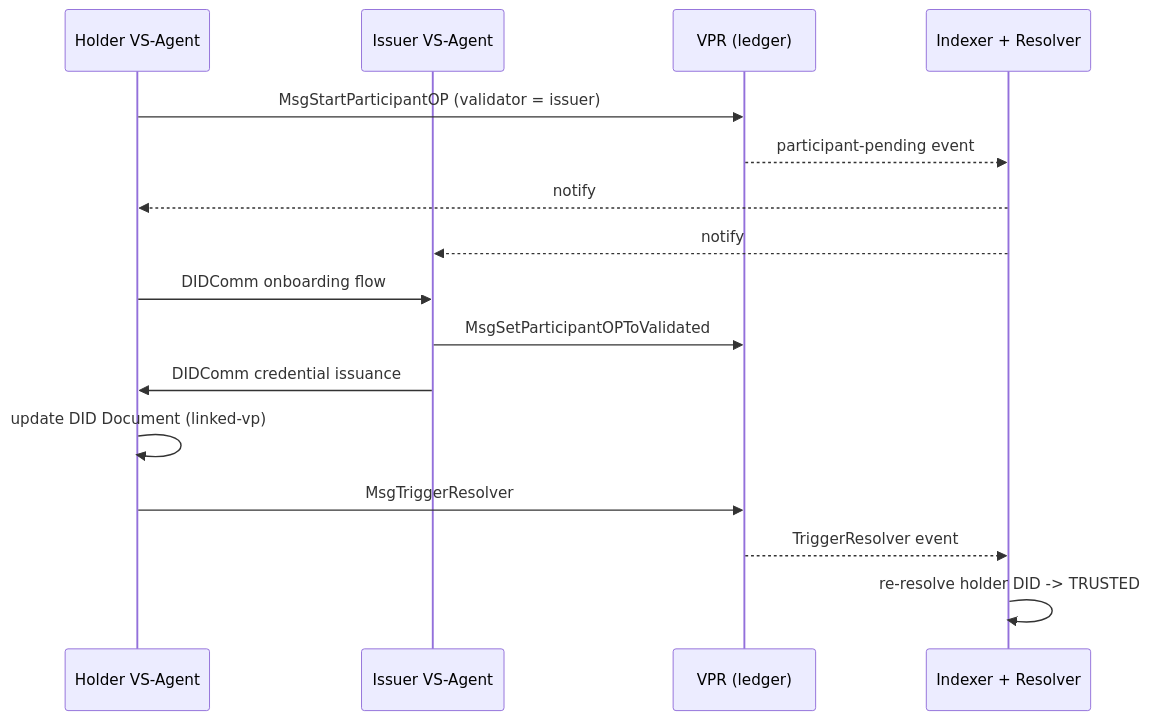
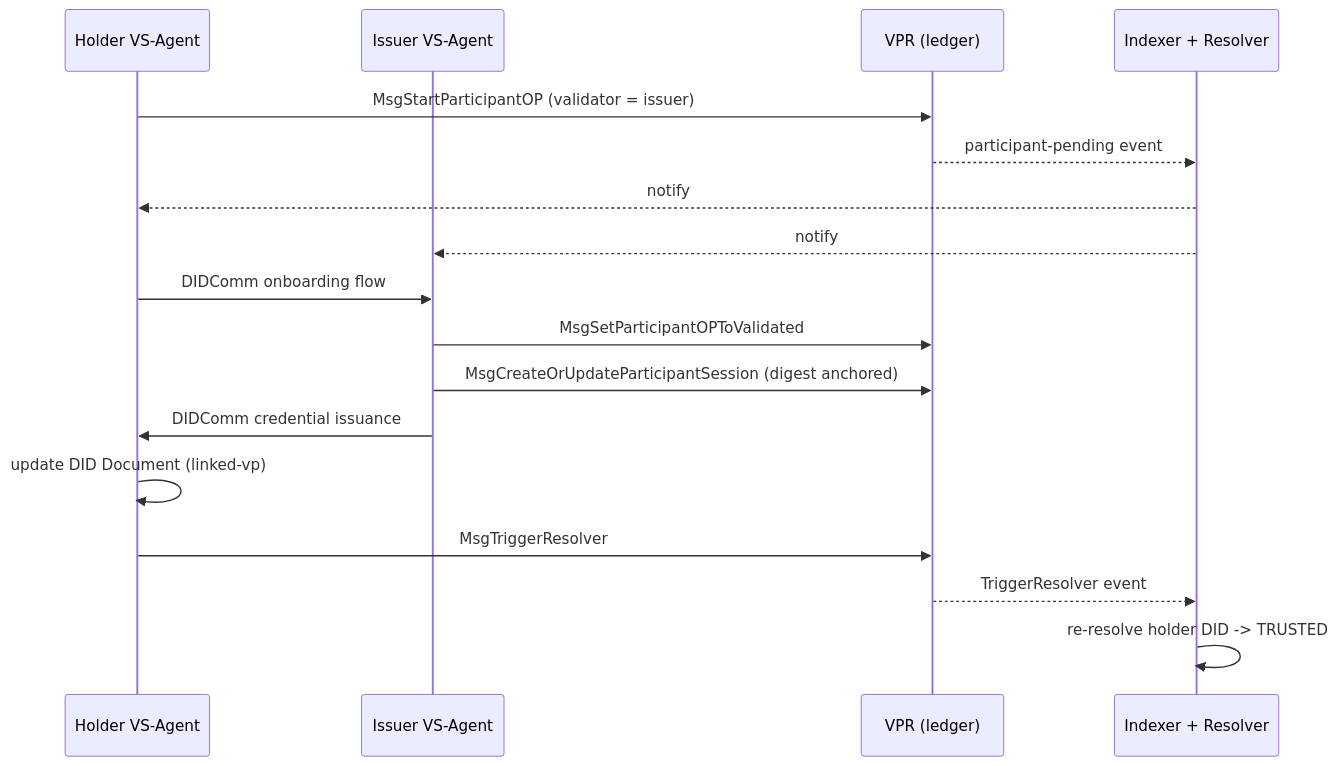
Before and after one commit to verana-labs/verifiable-trust-spec: the fifth of 6 diagrams in spec.md, drawn with Mermaid. The commit also changed other lines of this file, not shown here.

First line of the commit message:
fix(v5): second consistency pass after review; trust resolution consumes digest revocation

````diff
--- a/spec.md
+++ b/spec.md
@@ -2155,19 +2159,20 @@
 ```mermaid
 sequenceDiagram
     participant Holder as Holder VS-Agent
     participant Issuer as Issuer VS-Agent
     participant VPR as VPR (ledger)
     participant Idx as Indexer + Resolver
 
     Holder->>VPR: MsgStartParticipantOP (validator = issuer)
     VPR-->>Idx: participant-pending event
     Idx-->>Holder: notify
     Idx-->>Issuer: notify
     Holder->>Issuer: DIDComm onboarding flow
     Issuer->>VPR: MsgSetParticipantOPToValidated
+    Issuer->>VPR: MsgCreateOrUpdateParticipantSession (digest anchored)
     Issuer->>Holder: DIDComm credential issuance
     Holder->>Holder: update DID Document (linked-vp)
     Holder->>VPR: MsgTriggerResolver
     VPR-->>Idx: TriggerResolver event
     Idx->>Idx: re-resolve holder DID -> TRUSTED
 ```
````
